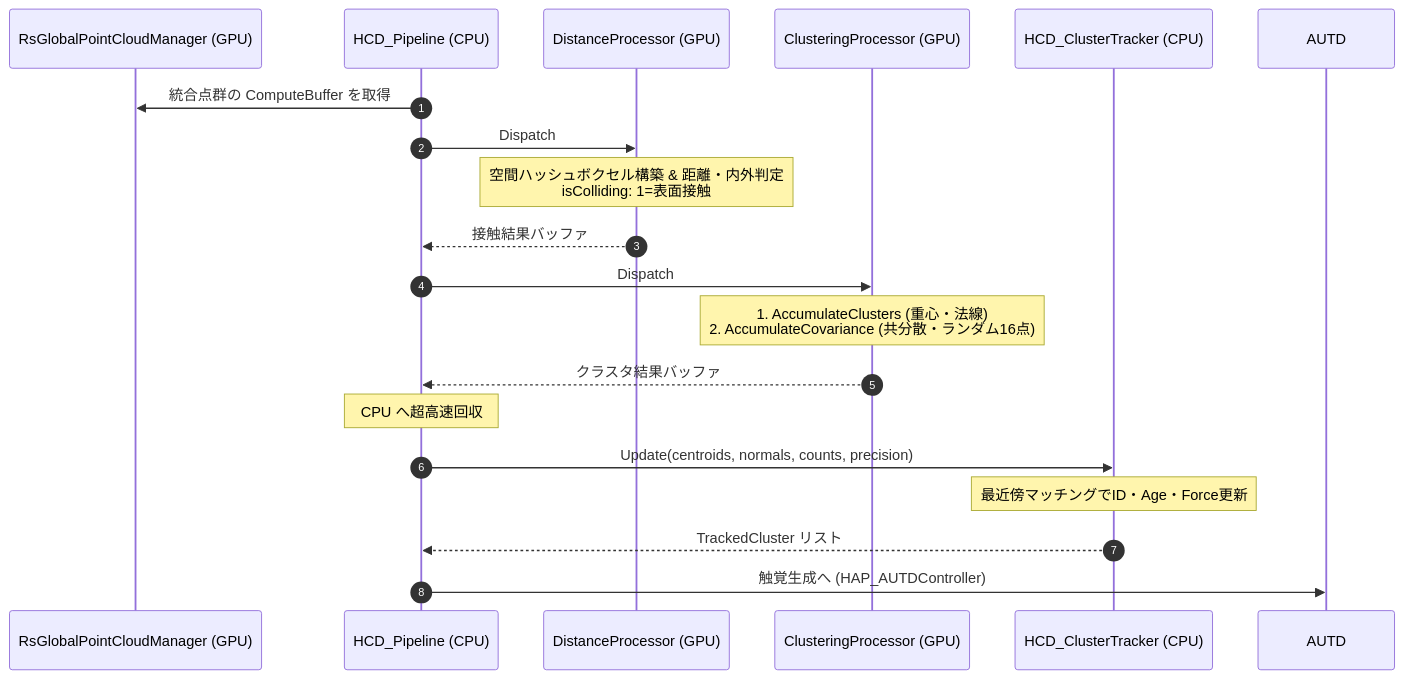
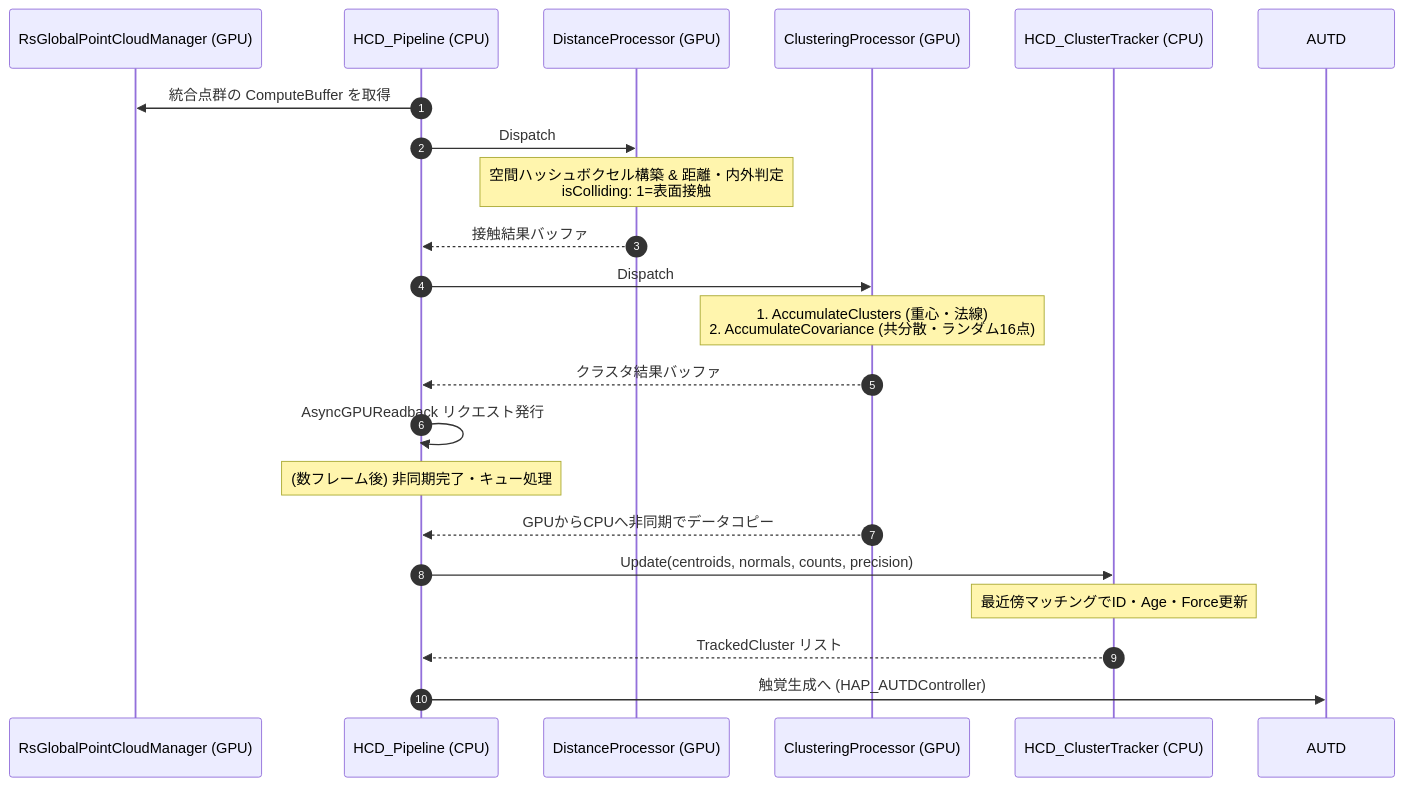
Before and after one commit to kotetsuOU/HandTrakingDemo: the diagram in Docs/Collision.md, drawn with Mermaid. The commit also changed other lines of this file and 3 other files, not shown here.

````diff
--- a/Docs/Collision.md
+++ b/Docs/Collision.md
@@ -118,25 +119,27 @@
 ```mermaid
 sequenceDiagram
     autonumber
     participant Global as RsGlobalPointCloudManager (GPU)
     participant Pipeline as HCD_Pipeline (CPU)
     participant Dist as DistanceProcessor (GPU)
     participant Clust as ClusteringProcessor (GPU)
     participant Tracker as HCD_ClusterTracker (CPU)
 
     Pipeline->>Global: 統合点群の ComputeBuffer を取得
     Pipeline->>Dist: Dispatch
     Note over Dist: 空間ハッシュボクセル構築 & 距離・内外判定<br/>isColliding: 1=表面接触
     Dist-->>Pipeline: 接触結果バッファ
     
     Pipeline->>Clust: Dispatch
     Note over Clust: 1. AccumulateClusters (重心・法線)<br/>2. AccumulateCovariance (共分散・ランダム16点)
     Clust-->>Pipeline: クラスタ結果バッファ
     
-    Note over Pipeline: CPU へ超高速回収
+    Pipeline->>Pipeline: AsyncGPUReadback リクエスト発行
+    Note over Pipeline: (数フレーム後) 非同期完了・キュー処理
+    Clust-->>Pipeline: GPUからCPUへ非同期でデータコピー
     Pipeline->>Tracker: Update(centroids, normals, counts, precision)
     Note over Tracker: 最近傍マッチングでID・Age・Force更新
     Tracker-->>Pipeline: TrackedCluster リスト
 
     Pipeline->>AUTD: 触覚生成へ (HAP_AUTDController)
 ```
````
